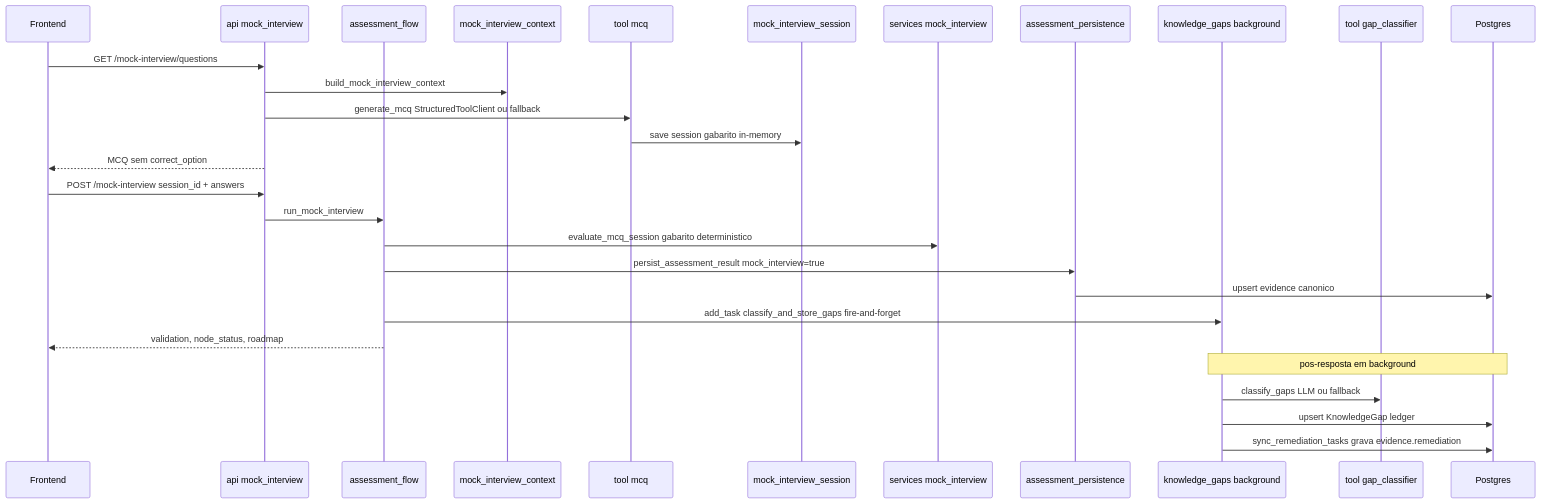
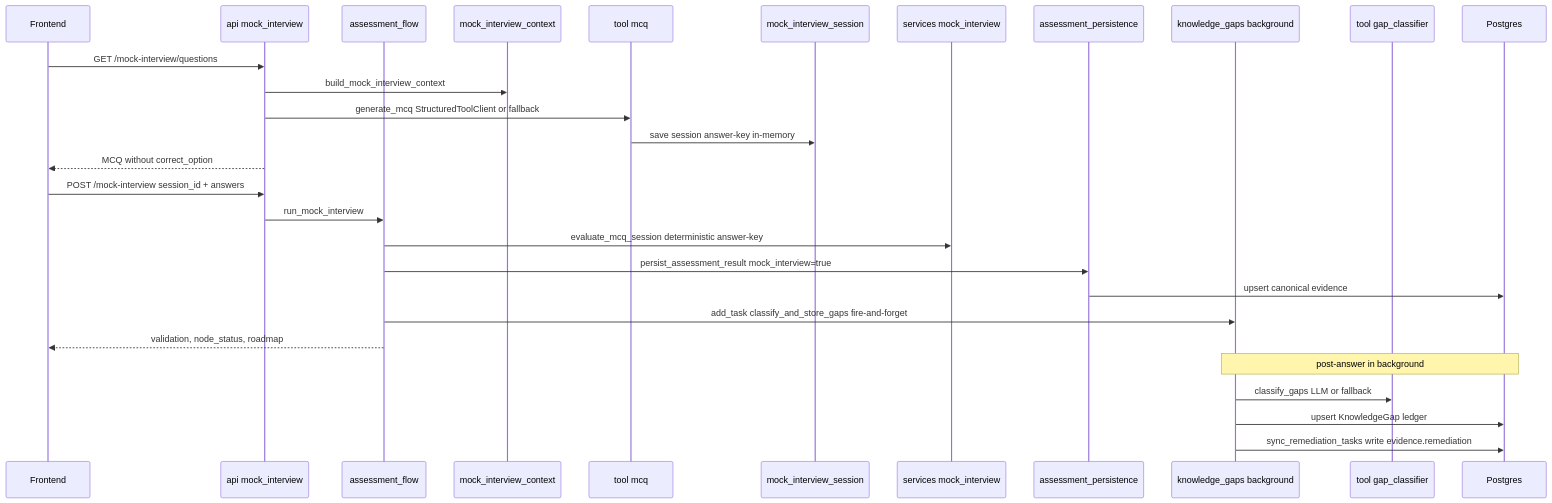
The sixth of 9 diagrams in docs/ARCHITECTURE.md (BorderlessCodingHub/career-forge-v2), drawn with Mermaid before and after one commit. The commit also changed other lines of this file and 24 other files, not shown here.

````diff
--- a/docs/ARCHITECTURE.md
+++ b/docs/ARCHITECTURE.md
@@ -328,32 +328,32 @@
 ```mermaid
 sequenceDiagram
   participant FE as Frontend
   participant R as api mock_interview
   participant AF as assessment_flow
   participant MC as mock_interview_context
   participant MCQ as tool mcq
   participant SESS as mock_interview_session
   participant SM as services mock_interview
   participant AP as assessment_persistence
   participant BG as knowledge_gaps background
   participant GC as tool gap_classifier
   participant DB as Postgres
 
   FE->>R: GET /mock-interview/questions
   R->>MC: build_mock_interview_context
-  R->>MCQ: generate_mcq StructuredToolClient ou fallback
-  MCQ->>SESS: save session gabarito in-memory
-  R-->>FE: MCQ sem correct_option
+  R->>MCQ: generate_mcq StructuredToolClient or fallback
+  MCQ->>SESS: save session answer-key in-memory
+  R-->>FE: MCQ without correct_option
 
   FE->>R: POST /mock-interview session_id + answers
   R->>AF: run_mock_interview
-  AF->>SM: evaluate_mcq_session gabarito deterministico
+  AF->>SM: evaluate_mcq_session deterministic answer-key
   AF->>AP: persist_assessment_result mock_interview=true
-  AP->>DB: upsert evidence canonico
+  AP->>DB: upsert canonical evidence
   AF->>BG: add_task classify_and_store_gaps fire-and-forget
   AF-->>FE: validation, node_status, roadmap
-  Note over BG,DB: pos-resposta em background
-  BG->>GC: classify_gaps LLM ou fallback
+  Note over BG,DB: post-answer in background
+  BG->>GC: classify_gaps LLM or fallback
   BG->>DB: upsert KnowledgeGap ledger
-  BG->>DB: sync_remediation_tasks grava evidence.remediation
+  BG->>DB: sync_remediation_tasks write evidence.remediation
 ```
````
